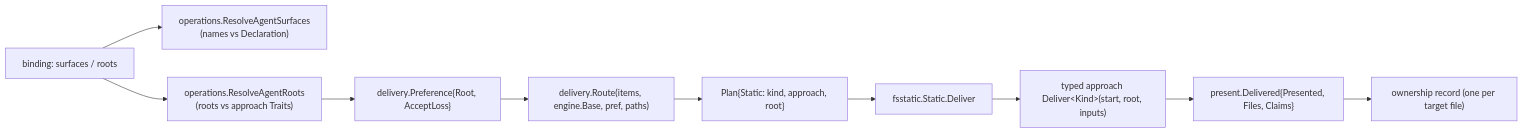
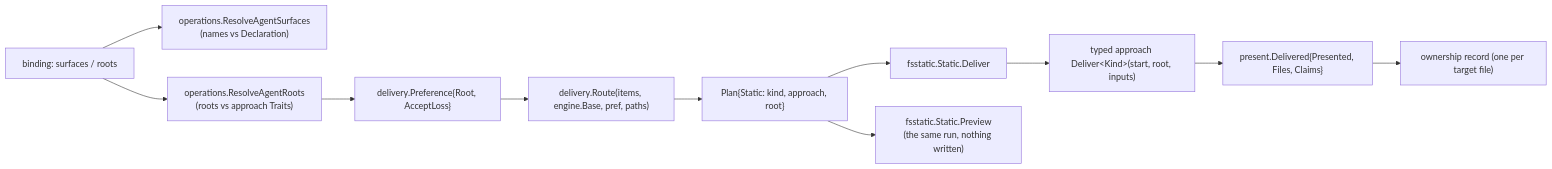
One commit to ctxloom/ctxloom changed the diagram in docs/architecture/shared/agent-surface-delivery.md. Above: the diagram before and after it, drawn with Mermaid. The commit also changed other lines of this file and 9 other files, not shown here.

````diff
--- a/docs/architecture/shared/agent-surface-delivery.md
+++ b/docs/architecture/shared/agent-surface-delivery.md
@@ -22,12 +22,13 @@
 ```mermaid
 flowchart LR
   B["binding: surfaces / roots"] --> RS["operations.ResolveAgentSurfaces<br/>(names vs Declaration)"]
   B --> RR["operations.ResolveAgentRoots<br/>(roots vs approach Traits)"]
   RR --> PREF["delivery.Preference{Root, AcceptLoss}"]
   PREF --> ROUTE["delivery.Route(items, engine.Base, pref, paths)"]
   ROUTE --> PLAN["Plan{Static: kind, approach, root}"]
   PLAN --> FS["fsstatic.Static.Deliver"]
+  PLAN --> PV["fsstatic.Static.Preview<br/>(the same run, nothing written)"]
   FS --> TA["typed approach Deliver&lt;Kind&gt;(start, root, inputs)"]
   TA --> DEC["present.Delivered{Presented, Files, Claims}"]
   DEC --> REC["ownership record (one per target file)"]
 ```
````
